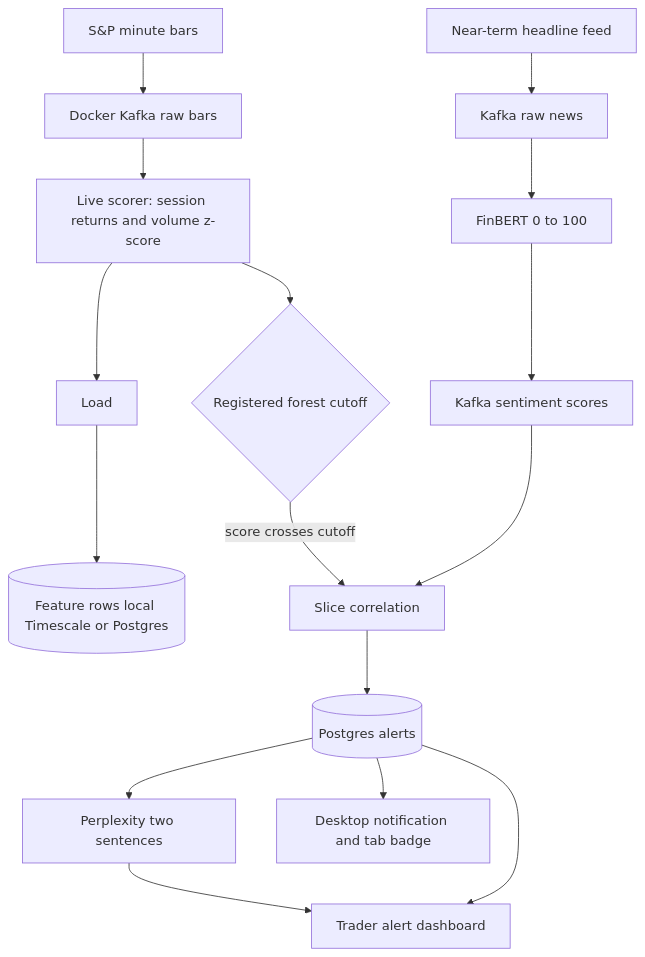
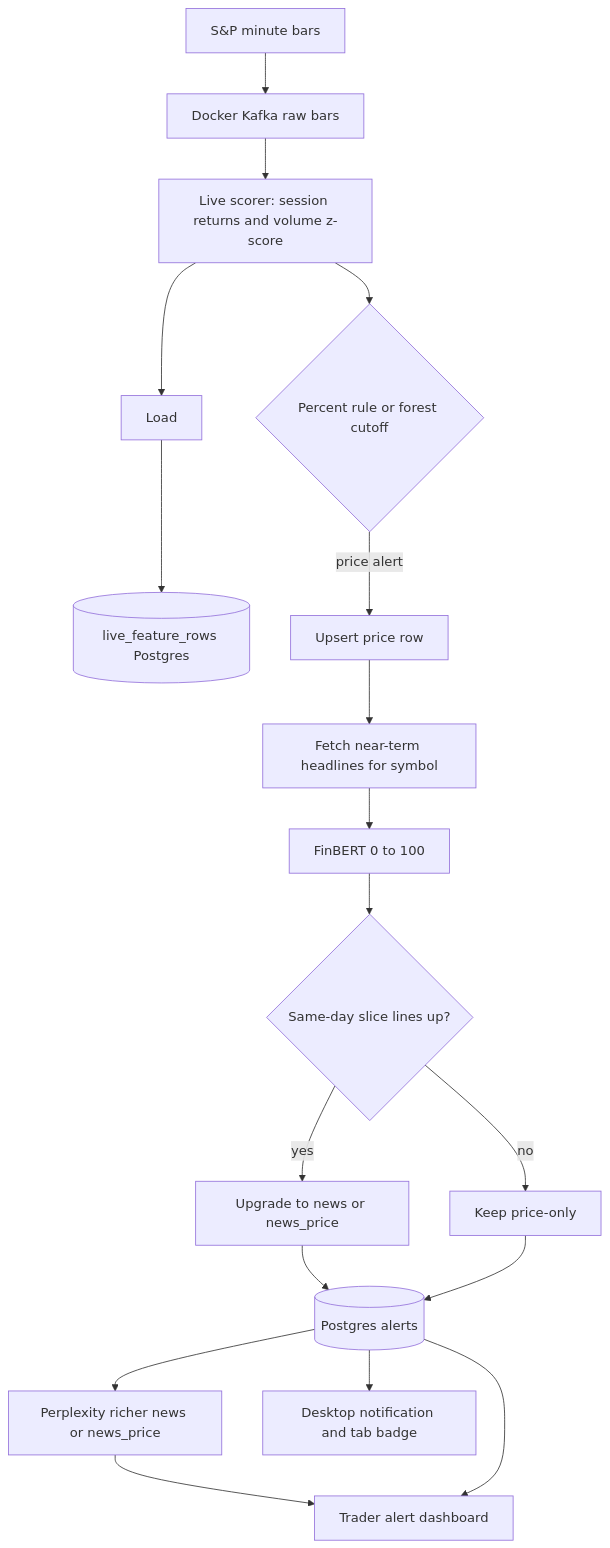
The ninth of 10 diagrams in docs/architecture.md (sameerde4/ticker-alert-system), drawn with Mermaid before and after one commit. The commit also changed other lines of this file and 4 other files, not shown here.

First line of the commit message:
Document live forest as-built and price-then-news as the local final join.

````diff
--- a/docs/architecture.md
+++ b/docs/architecture.md
@@ -323,20 +337,20 @@
 ```mermaid
 flowchart TD
     MKT[S&P minute bars] --> KT[Docker Kafka raw bars]
     KT --> SCORE[Live scorer: session returns and volume z-score]
-    SCORE --> GATE{Registered forest cutoff}
+    SCORE --> GATE{Percent rule or forest cutoff}
     SCORE --> LOADT[Load]
-    LOADT --> FEATSTORE[(Feature rows local Timescale or Postgres)]
-    GATE -->|score crosses cutoff| CORR[Slice correlation]
-
-    NEWS[Near-term headline feed] --> KN[Kafka raw news]
-    KN --> FINBERT[FinBERT 0 to 100]
-    FINBERT --> SCORES[Kafka sentiment scores]
-    SCORES --> CORR
-
-    CORR --> PG[(Postgres alerts)]
-    PG --> PPLX[Perplexity two sentences]
+    LOADT --> FEATSTORE[(live_feature_rows Postgres)]
+    GATE -->|price alert| PRICE[Upsert price row]
+    PRICE --> NEWSLOOK[Fetch near-term headlines for symbol]
+    NEWSLOOK --> FINBERT[FinBERT 0 to 100]
+    FINBERT --> SLICE{Same-day slice lines up?}
+    SLICE -->|yes| UPGRADE[Upgrade to news or news_price]
+    SLICE -->|no| KEEP[Keep price-only]
+    UPGRADE --> PG[(Postgres alerts)]
+    KEEP --> PG
+    PG --> PPLX[Perplexity richer news or news_price]
     PPLX --> DASH[Trader alert dashboard]
     PG --> DASH
     PG --> NOTIFY[Desktop notification and tab badge]
 ```
````
